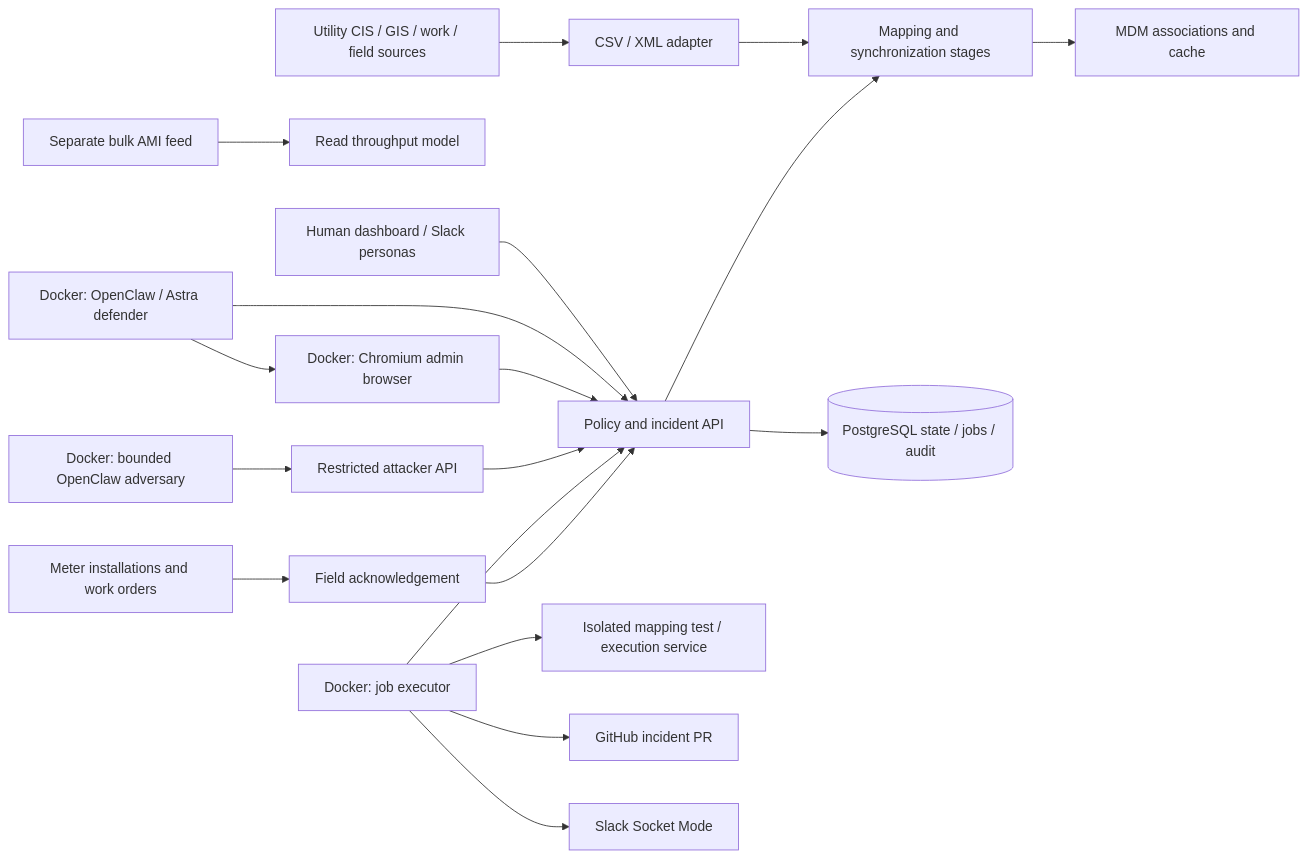
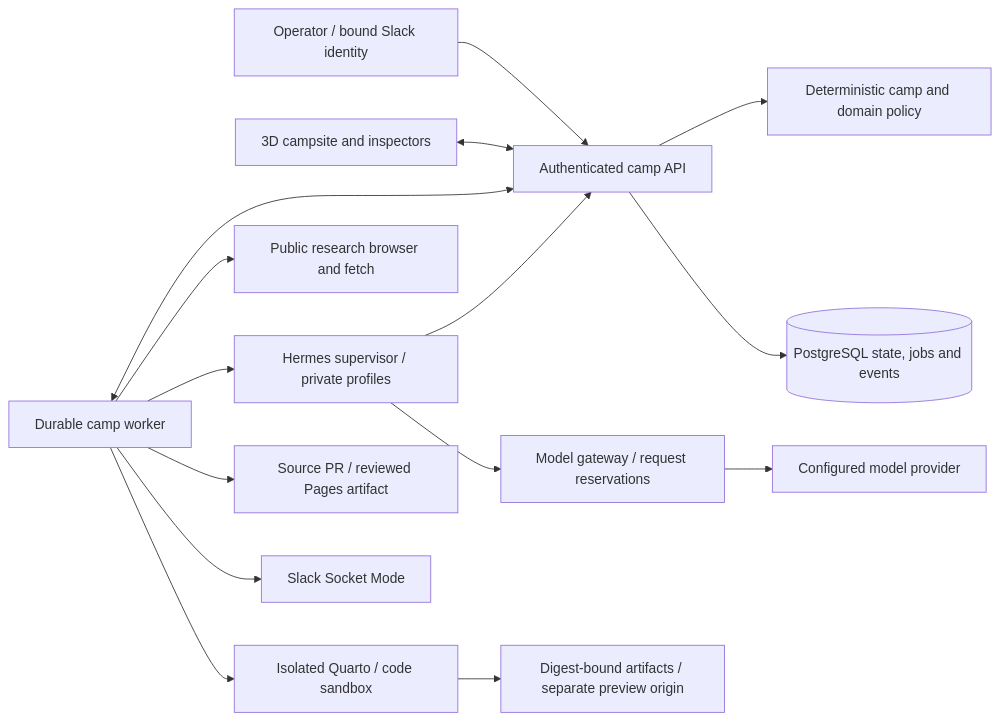
The diagram in docs/architecture.md (Cobeml/yamnaya), drawn with Mermaid before and after one commit. The commit also changed other lines of this file and 13 other files, not shown here.

````diff
--- a/docs/architecture.md
+++ b/docs/architecture.md
@@ -5,21 +5,17 @@
 ```mermaid
 flowchart LR
-  SOR[Utility CIS / GIS / work / field sources] --> Adapter[CSV / XML adapter]
-  Adapter --> Pipeline[Mapping and synchronization stages]
-  Pipeline --> MDM[MDM associations and cache]
-  AMI[Separate bulk AMI feed] --> Reads[Read throughput model]
-  Field[Meter installations and work orders] --> Evidence[Field acknowledgement]
-  UI[Human dashboard / Slack personas] --> API[Policy and incident API]
-  Defender[Docker: OpenClaw / Astra defender] --> API
-  Defender --> Browser[Docker: Chromium admin browser]
-  Browser --> API
-  Red[Docker: bounded OpenClaw adversary] --> RedAPI[Restricted attacker API]
-  RedAPI --> API
-  API --> DB[(PostgreSQL state / jobs / audit)]
-  Executor[Docker: job executor] --> API
-  Executor --> Lab[Isolated mapping test / execution service]
-  Executor --> PR[GitHub incident PR]
-  Executor --> Slack[Slack Socket Mode]
-  API --> Pipeline
-  Evidence --> API
+  Human[Operator / bound Slack identity] --> API[Authenticated camp API]
+  Scene[3D campsite and inspectors] <--> API
+  API --> Core[Deterministic camp and domain policy]
+  API --> DB[(PostgreSQL state, jobs and events)]
+  Worker[Durable camp worker] <--> API
+  Worker --> Hermes[Hermes supervisor / private profiles]
+  Hermes --> API
+  Hermes --> Proxy[Model gateway / request reservations]
+  Proxy --> Provider[Configured model provider]
+  Worker --> Research[Public research browser and fetch]
+  Worker --> Sandbox[Isolated Quarto / code sandbox]
+  Sandbox --> Artifacts[Digest-bound artifacts / separate preview origin]
+  Worker --> GitHub[Source PR / reviewed Pages artifact]
+  Worker --> Slack[Slack Socket Mode]
 ```
````
